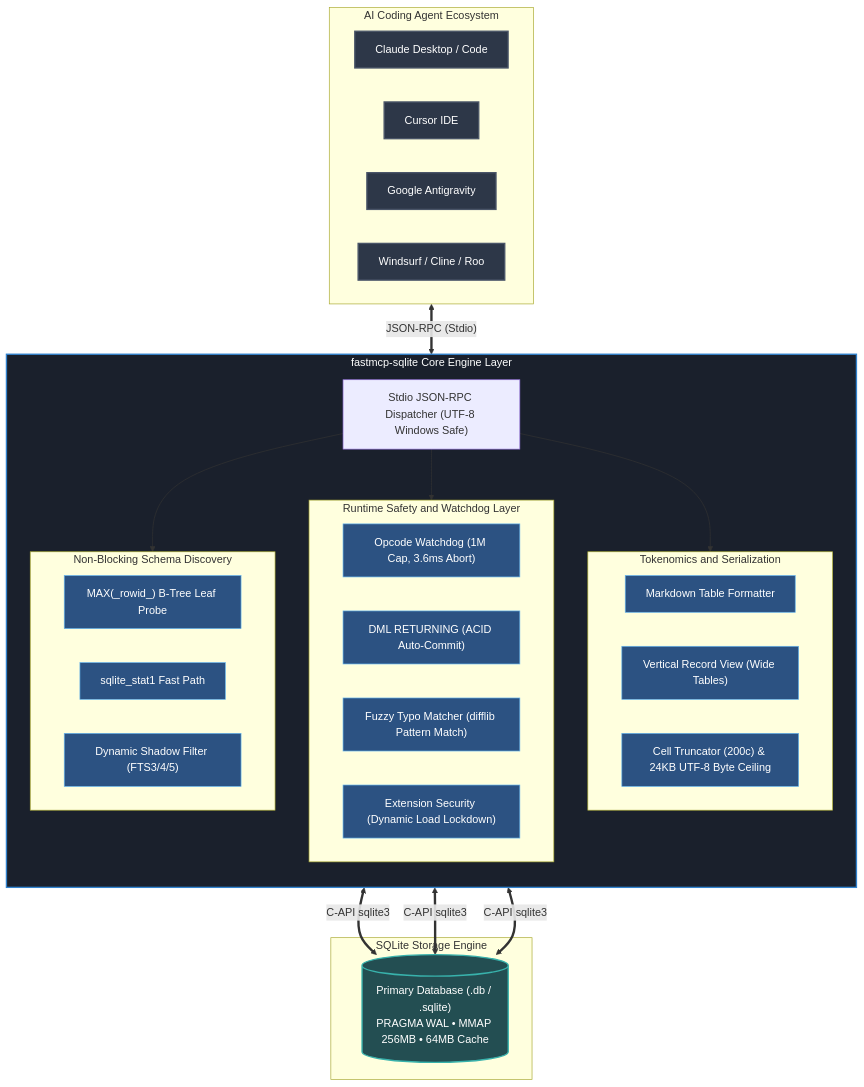
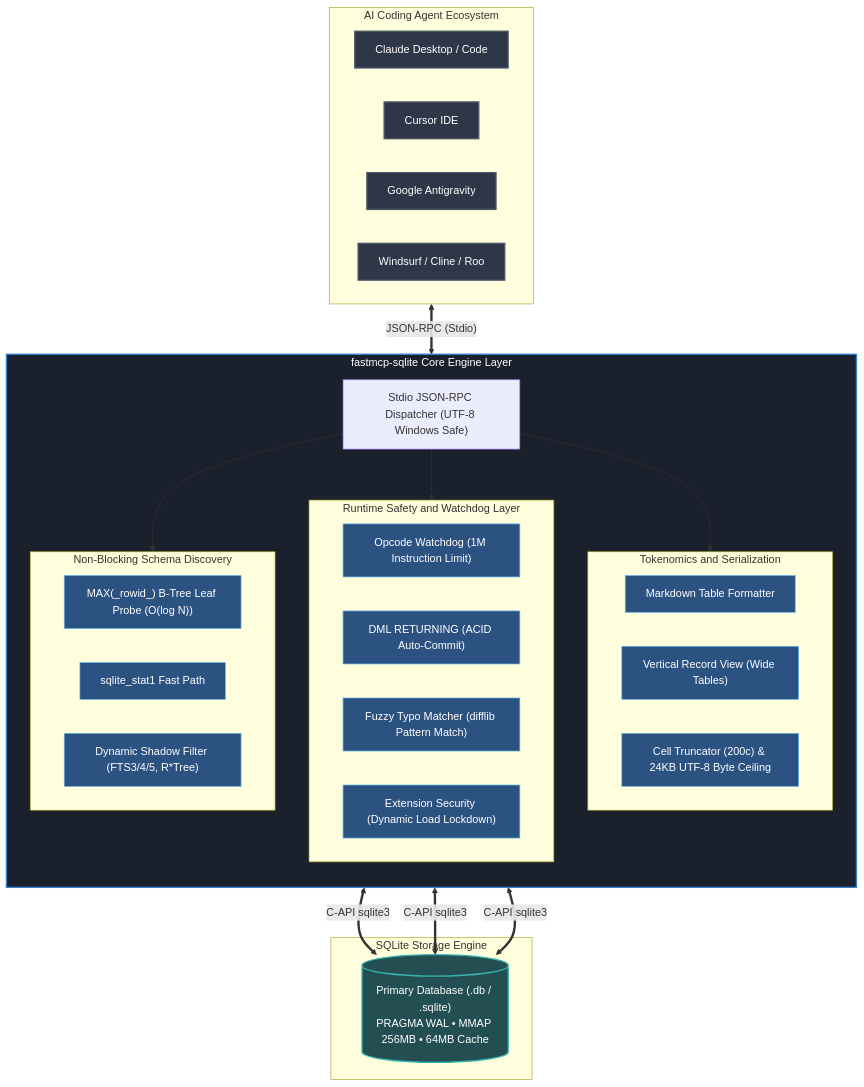
One commit to kenb38291-tech/fastmcp-sqlite changed the diagram in README.md. Above: the diagram before and after it, drawn with Mermaid. The commit also changed other lines of this file and 16 other files, not shown here.

````diff
--- a/README.md
+++ b/README.md
@@ -376,54 +385,54 @@
 ```mermaid
 flowchart TD
     subgraph Clients["AI Coding Agent Ecosystem"]
         direction LR
         C1["Claude Desktop / Code"]
         C2["Cursor IDE"]
         C3["Google Antigravity"]
         C4["Windsurf / Cline / Roo"]
     end
 
     subgraph FastMCPServer["fastmcp-sqlite Core Engine Layer"]
         direction TB
         JSONRPC["Stdio JSON-RPC Dispatcher (UTF-8 Windows Safe)"]
         
         subgraph SafetyGuards["Runtime Safety and Watchdog Layer"]
-            WD["Opcode Watchdog (1M Cap, 3.6ms Abort)"]
+            WD["Opcode Watchdog (1M Instruction Limit)"]
             TX["DML RETURNING (ACID Auto-Commit)"]
             DZ["Fuzzy Typo Matcher (difflib Pattern Match)"]
             EX["Extension Security (Dynamic Load Lockdown)"]
         end
         
         subgraph TokenEngine["Tokenomics and Serialization"]
             F1["Markdown Table Formatter"]
             F2["Vertical Record View (Wide Tables)"]
             F3["Cell Truncator (200c) & 24KB UTF-8 Byte Ceiling"]
         end
         
         subgraph Discovery["Non-Blocking Schema Discovery"]
-            P1["MAX(_rowid_) B-Tree Leaf Probe"]
+            P1["MAX(_rowid_) B-Tree Leaf Probe (O(log N))"]
             P2["sqlite_stat1 Fast Path"]
-            P3["Dynamic Shadow Filter (FTS3/4/5)"]
+            P3["Dynamic Shadow Filter (FTS3/4/5, R*Tree)"]
         end
     end
 
     subgraph SQLiteStorage["SQLite Storage Engine"]
         DB[("Primary Database (.db / .sqlite)<br/>PRAGMA WAL • MMAP 256MB • 64MB Cache")]
     end
 
     Clients <==>|"JSON-RPC (Stdio)"| JSONRPC
     JSONRPC --> SafetyGuards
     JSONRPC --> TokenEngine
     JSONRPC --> Discovery
     SafetyGuards & TokenEngine & Discovery <==>|"C-API sqlite3"| DB
 
     classDef clientStyle fill:#2d3748,stroke:#4a5568,stroke-width:2px,color:#fff;
     classDef engineStyle fill:#1a202c,stroke:#3182ce,stroke-width:2px,color:#fff;
     classDef guardStyle fill:#2c5282,stroke:#63b3ed,stroke-width:1px,color:#fff;
     classDef storeStyle fill:#234e52,stroke:#38b2ac,stroke-width:2px,color:#fff;
 
     class C1,C2,C3,C4 clientStyle;
     class FastMCPServer engineStyle;
     class WD,TX,DZ,EX,F1,F2,F3,P1,P2,P3 guardStyle;
     class DB storeStyle;
 ```
````
